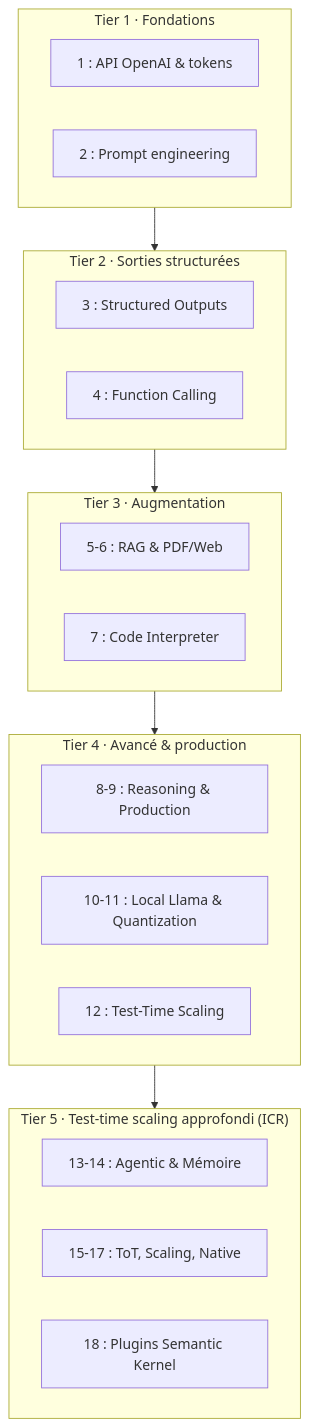
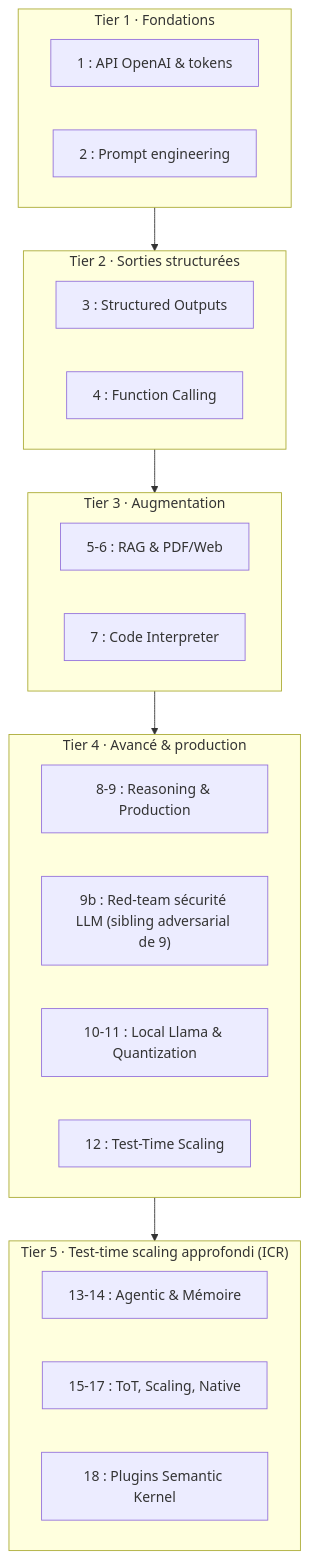
The diagram in MyIA.AI.Notebooks/GenAI/Texte/README.md (jsboige/CoursIA), drawn with Mermaid before and after one commit. The commit also changed other lines of this file, not shown here.

First line of the commit message:
Docs(#12419): finalise README GenAI/Texte pour 09b_Prompt_Security_RedTeam

````diff
--- a/MyIA.AI.Notebooks/GenAI/Texte/README.md
+++ b/MyIA.AI.Notebooks/GenAI/Texte/README.md
@@ -201,26 +204,27 @@
 ```mermaid
 flowchart TD
     subgraph T1["Tier 1 · Fondations"]
         A1["1 : API OpenAI & tokens"]
         A2["2 : Prompt engineering"]
     end
     subgraph T2["Tier 2 · Sorties structurées"]
         B1["3 : Structured Outputs"]
         B2["4 : Function Calling"]
     end
     subgraph T3["Tier 3 · Augmentation"]
         C1["5-6 : RAG & PDF/Web"]
         C2["7 : Code Interpreter"]
     end
     subgraph T4["Tier 4 · Avancé & production"]
         D1["8-9 : Reasoning & Production"]
+        D1b["9b : Red-team sécurité LLM (sibling adversarial de 9)"]
         D2["10-11 : Local Llama & Quantization"]
         D3["12 : Test-Time Scaling"]
     end
     subgraph T5["Tier 5 · Test-time scaling approfondi (ICR)"]
         E1["13-14 : Agentic & Mémoire"]
         E2["15-17 : ToT, Scaling, Native"]
         E3["18 : Plugins Semantic Kernel"]
     end
     T1 --> T2 --> T3 --> T4 --> T5
 ```
````
